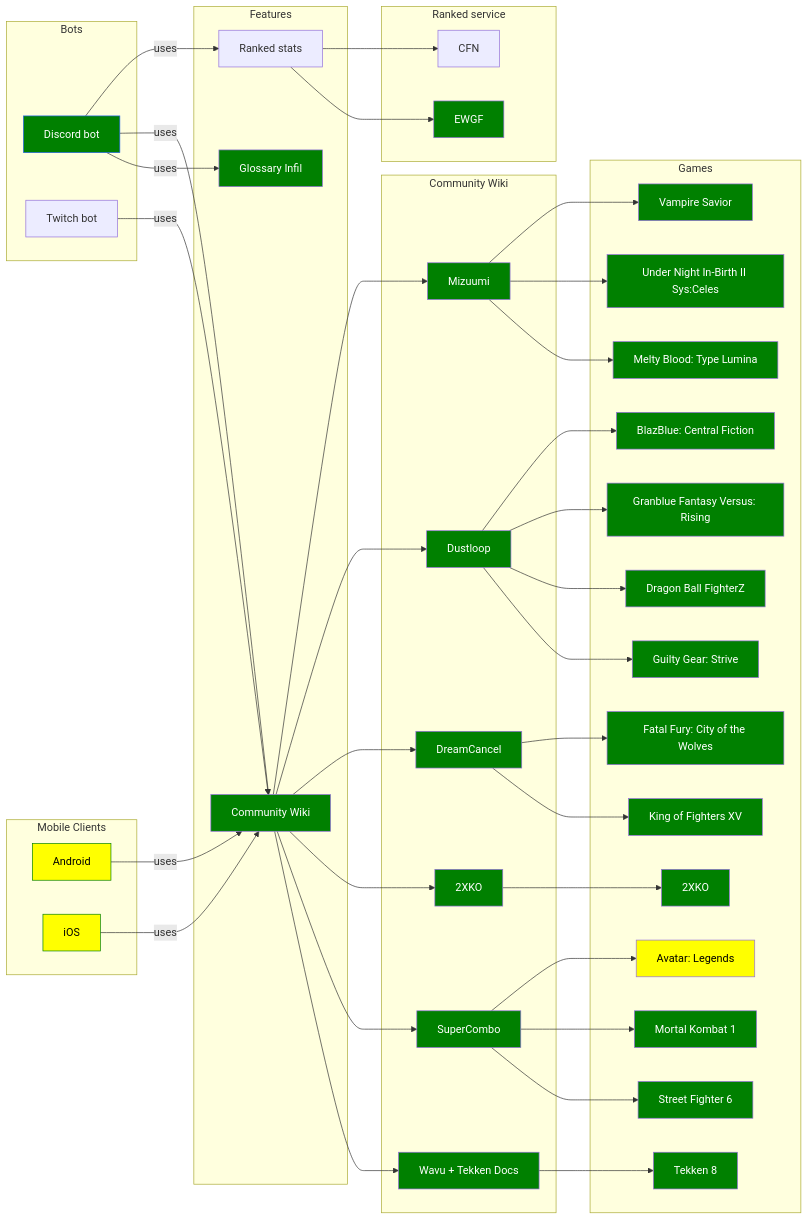
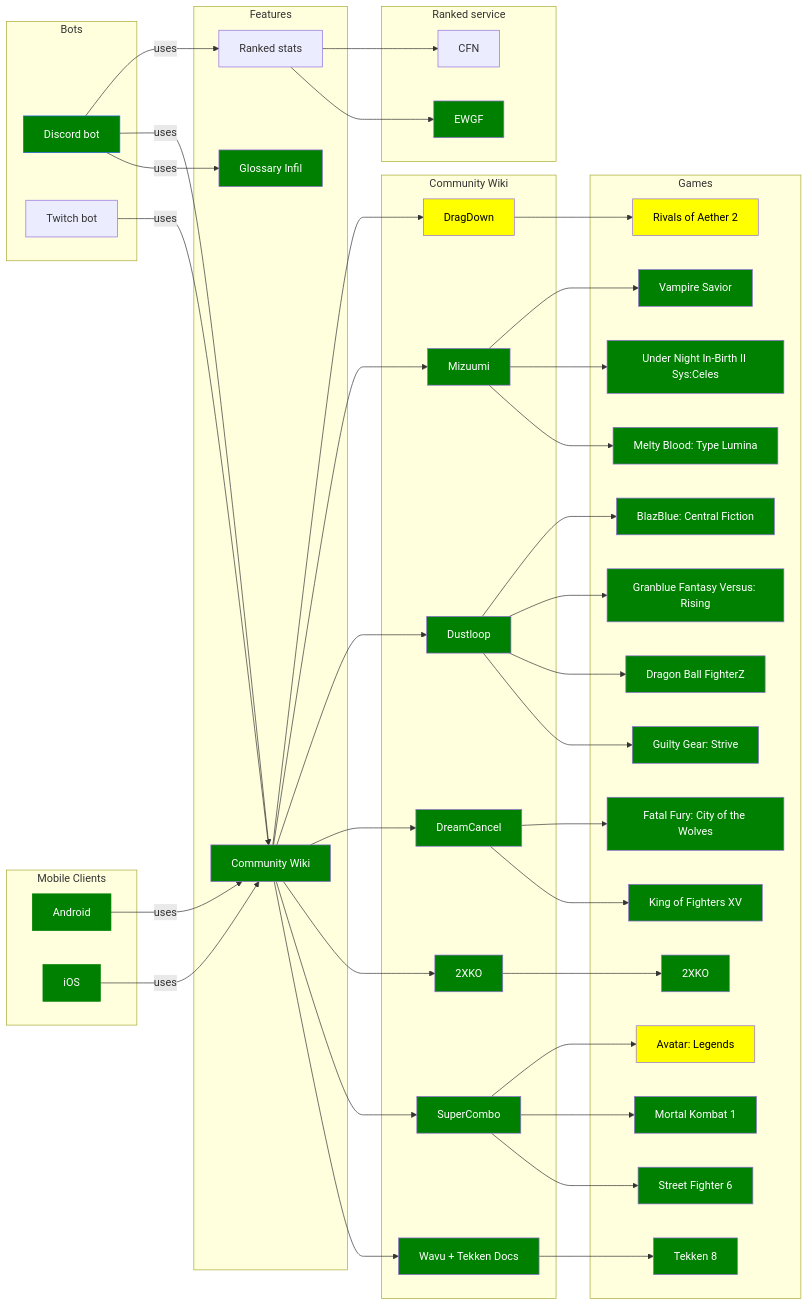
One commit to Sophon/FightingNerd changed the diagram in README.md. Above: the diagram before and after it, drawn with Mermaid. The commit also changed 1 other file, not shown here.

Commit message:
docs (mermaid): modules update

````diff
--- a/README.md
+++ b/README.md
@@ -49,6 +49,7 @@
     dustloop[Dustloop]
     dreamcancel[DreamCancel]
     mizuumi[Mizuumi]
+    dragdown[DragDown]
   end
 
   subgraph Games
@@ -66,6 +67,7 @@
     uni2[Under Night In-Birth II Sys:Celes]
     vsav[Vampire Savior]
     avl[Avatar: Legends]
+    roa[Rivals of Aether 2]
   end
 
   subgraph Ranked service
@@ -87,6 +89,7 @@
   communityWiki --> dreamcancel
   communityWiki --> dustloop
   communityWiki --> mizuumi
+  communityWiki --> dragdown
 
   elo --> ewgf
   elo --> cfn
@@ -105,11 +108,12 @@
   mizuumi --> melty
   mizuumi --> uni2
   mizuumi --> vsav
+  dragdown --> roa
 
 
   style discordBot fill:green,stroke:#2563EB, color:#fff
-  style android fill:yellow,stroke:green, color:#000
-  style iOS fill:yellow,stroke:green, color:#000
+  style android fill:green,stroke:green, color:#fff
+  style iOS fill:green,stroke:green, color:#fff
   style glossaryInfil fill:green, color:#fff
   style communityWiki fill:green, color:#fff
   style wikiWavu fill:green, color:#fff
@@ -117,6 +121,7 @@
   style dreamcancel fill:green, color:#fff
   style dustloop fill:green, color:#fff
   style mizuumi fill:green, color:#fff
+  style dragdown fill:yellow, color:#000
   style 2xko fill:green, color:#fff
   style t8 fill:green, color:#fff
   style sf6 fill:green, color:#fff
@@ -133,4 +138,5 @@
   style vsav fill:green, color:#fff
   style ewgf fill:green, color:#fff
   style avl fill:yellow, color:#000
+  style roa fill:yellow, color:#000
   ```
````
